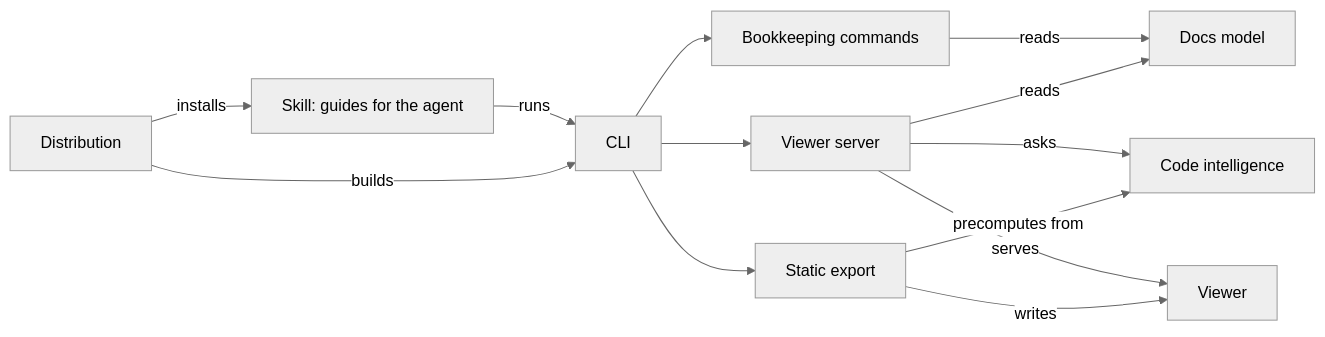
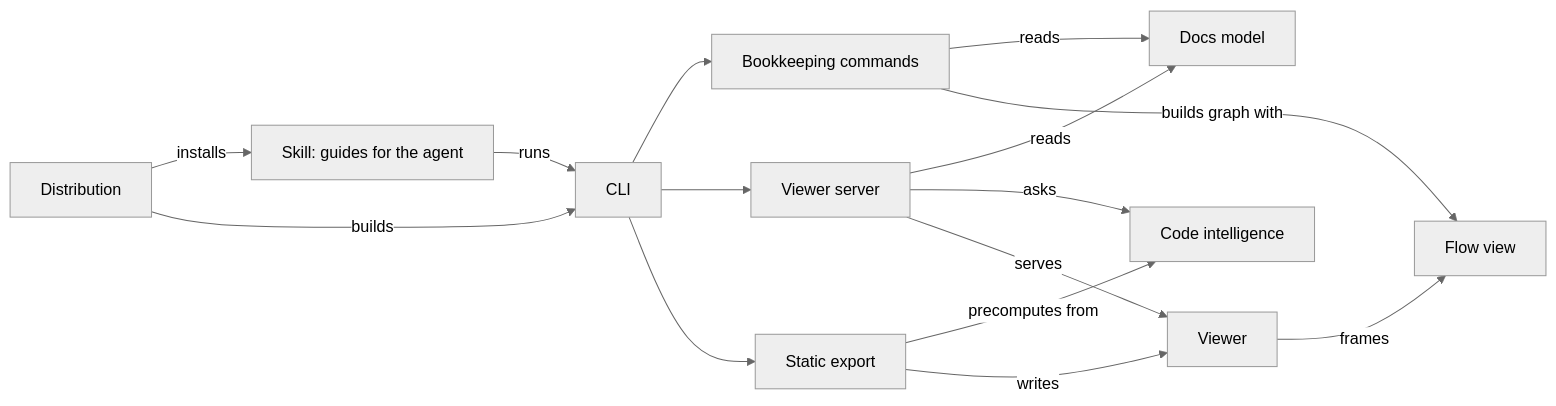
The diagram in docs/content/overview.md (yowdendrift/codedocs), drawn with Mermaid (neutral theme) before and after one commit. The commit also changed other lines of this file and 12 other files, not shown here.

Commit message:
docs: describe the flow view across the docs; mark synced at b167a27

````diff
--- a/docs/content/overview.md
+++ b/docs/content/overview.md
@@ -25,15 +25,17 @@
 ```mermaid
 flowchart LR
   Skill[Skill: guides for the agent] -->|runs| CLI[CLI]
   CLI --> Commands[Bookkeeping commands]
   CLI --> Server[Viewer server]
   CLI --> Export[Static export]
   Commands -->|reads| Model[Docs model]
   Server -->|reads| Model
   Server -->|asks| Intel[Code intelligence]
   Export -->|precomputes from| Intel
   Server -->|serves| Viewer[Viewer]
+  Commands -->|builds graph with| Flow[Flow view]
+  Viewer -->|frames| Flow
   Export -->|writes| Viewer
   Dist[Distribution] -->|installs| Skill
   Dist -->|builds| CLI
 ```
````
